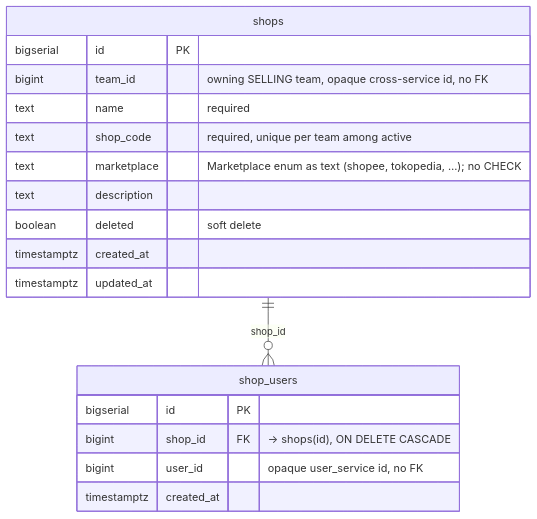
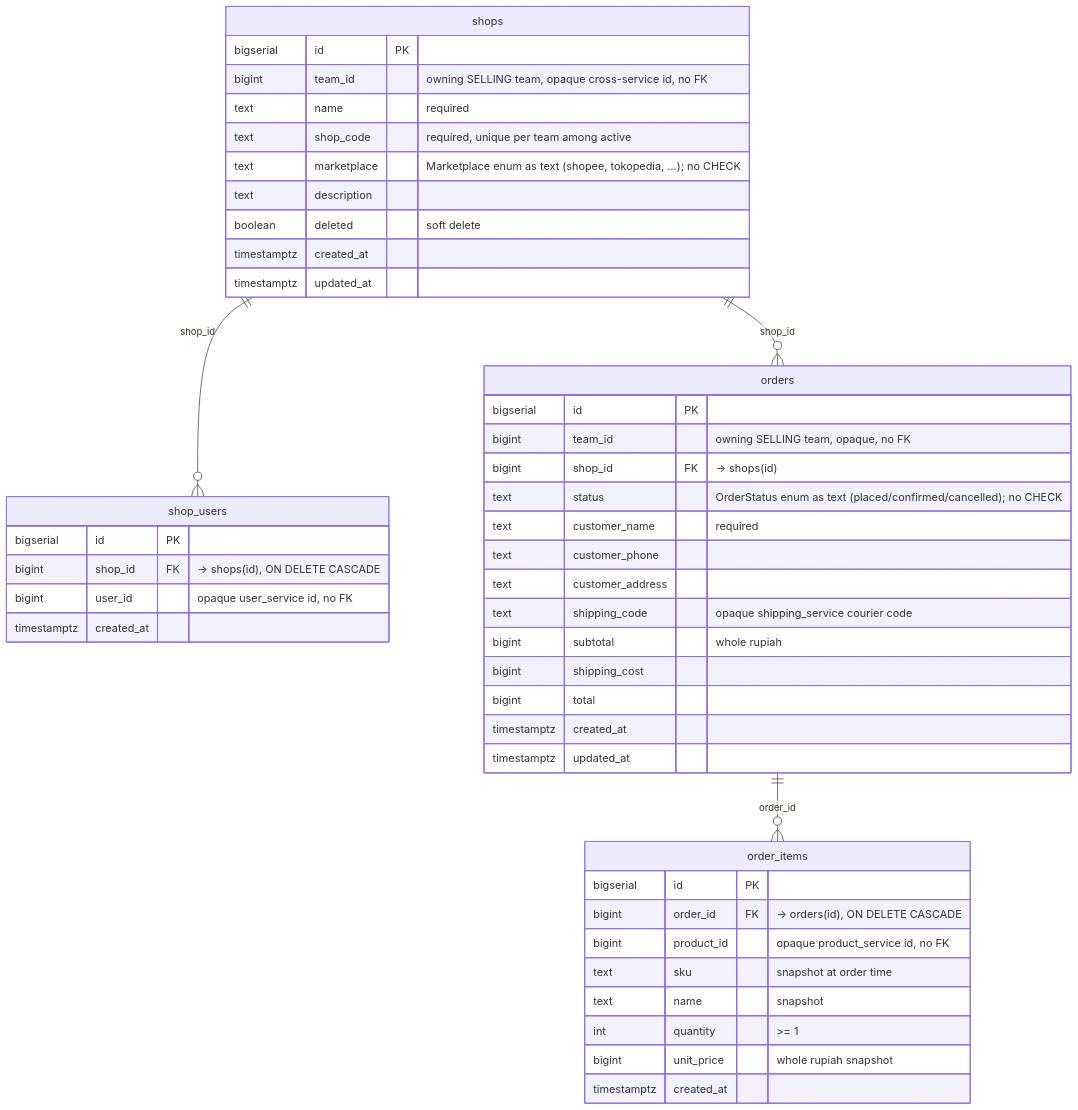
One commit to pdcgo/warehouse_revamp changed the fifth of 8 diagrams in docs/database-schema.md. Above: the diagram before and after it, drawn with Mermaid. The commit also changed other lines of this file and 15 other files, not shown here.

````diff
--- a/docs/database-schema.md
+++ b/docs/database-schema.md
@@ -193,23 +193,52 @@
 ```mermaid
 erDiagram
     shops ||--o{ shop_users : "shop_id"
+    shops ||--o{ orders : "shop_id"
+    orders ||--o{ order_items : "order_id"
 
     shops {
         bigserial   id          PK
         bigint      team_id     "owning SELLING team, opaque cross-service id, no FK"
         text        name        "required"
         text        shop_code   "required, unique per team among active"
         text        marketplace "Marketplace enum as text (shopee, tokopedia, …); no CHECK"
         text        description
         boolean     deleted     "soft delete"
         timestamptz created_at
         timestamptz updated_at
     }
 
     shop_users {
         bigserial   id         PK
         bigint      shop_id    FK "-> shops(id), ON DELETE CASCADE"
         bigint      user_id    "opaque user_service id, no FK"
         timestamptz created_at
     }
+
+    orders {
+        bigserial   id               PK
+        bigint      team_id          "owning SELLING team, opaque, no FK"
+        bigint      shop_id          FK "-> shops(id)"
+        text        status           "OrderStatus enum as text (placed/confirmed/cancelled); no CHECK"
+        text        customer_name    "required"
+        text        customer_phone
+        text        customer_address
+        text        shipping_code    "opaque shipping_service courier code"
+        bigint      subtotal         "whole rupiah"
+        bigint      shipping_cost
+        bigint      total
+        timestamptz created_at
+        timestamptz updated_at
+    }
+
+    order_items {
+        bigserial   id         PK
+        bigint      order_id   FK "-> orders(id), ON DELETE CASCADE"
+        bigint      product_id "opaque product_service id, no FK"
+        text        sku        "snapshot at order time"
+        text        name       "snapshot"
+        int         quantity   ">= 1"
+        bigint      unit_price "whole rupiah snapshot"
+        timestamptz created_at
+    }
 ```
````
